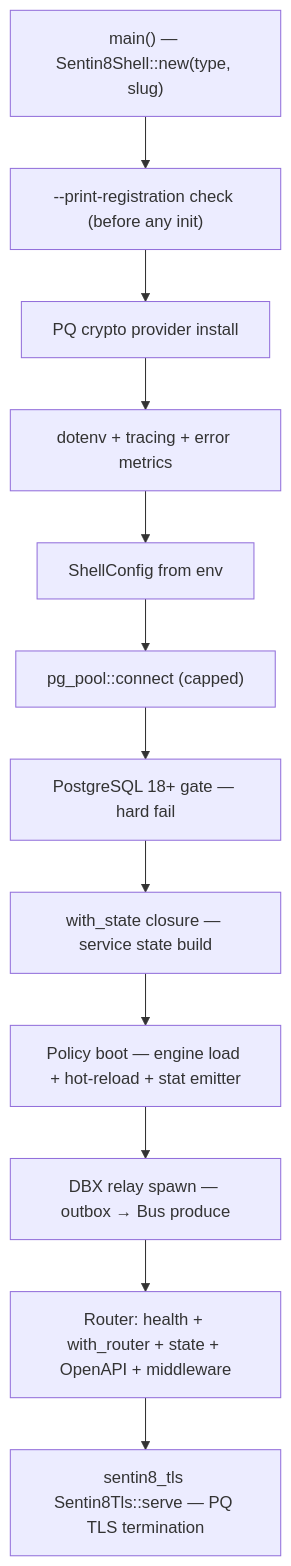
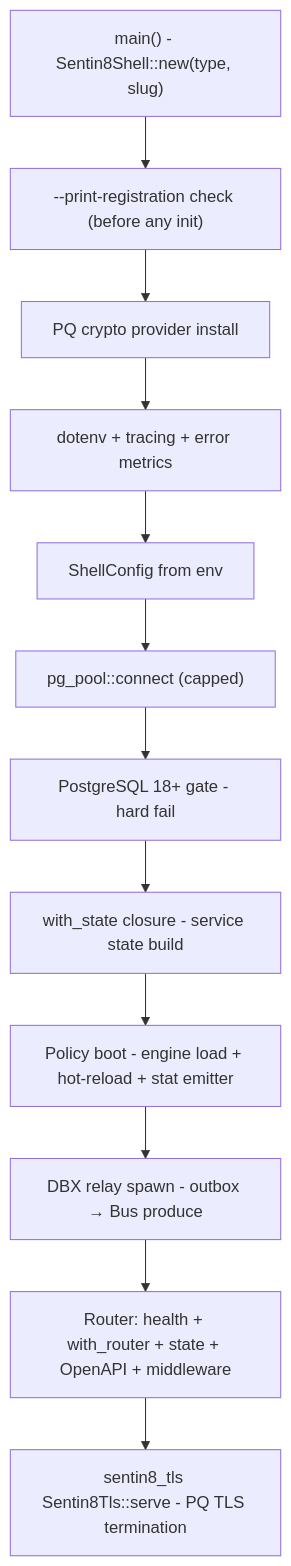
Before and after one commit to Sentin8/sentin8-sdk: the diagram in shell/shell/README.md, drawn with Mermaid. The commit also changed other lines of this file and 107 other files, not shown here.

````diff
--- a/shell/shell/README.md
+++ b/shell/shell/README.md
@@ -29,14 +29,14 @@
 ```mermaid
 graph TD
-    A["main() — Sentin8Shell::new(type, slug)"] --> B["--print-registration check (before any init)"]
+    A["main() - Sentin8Shell::new(type, slug)"] --> B["--print-registration check (before any init)"]
     B --> C[PQ crypto provider install]
     C --> D[dotenv + tracing + error metrics]
     D --> E[ShellConfig from env]
     E --> F["pg_pool::connect (capped)"]
-    F --> G[PostgreSQL 18+ gate — hard fail]
-    G --> H["with_state closure — service state build"]
-    H --> I[Policy boot — engine load + hot-reload + stat emitter]
-    I --> J["DBX relay spawn — outbox → Bus produce"]
+    F --> G[PostgreSQL 18+ gate - hard fail]
+    G --> H["with_state closure - service state build"]
+    H --> I[Policy boot - engine load + hot-reload + stat emitter]
+    I --> J["DBX relay spawn - outbox → Bus produce"]
     J --> K[Router: health + with_router + state + OpenAPI + middleware]
-    K --> L[sentin8_tls Sentin8Tls::serve — PQ TLS termination]
+    K --> L[sentin8_tls Sentin8Tls::serve - PQ TLS termination]
 ```
````
